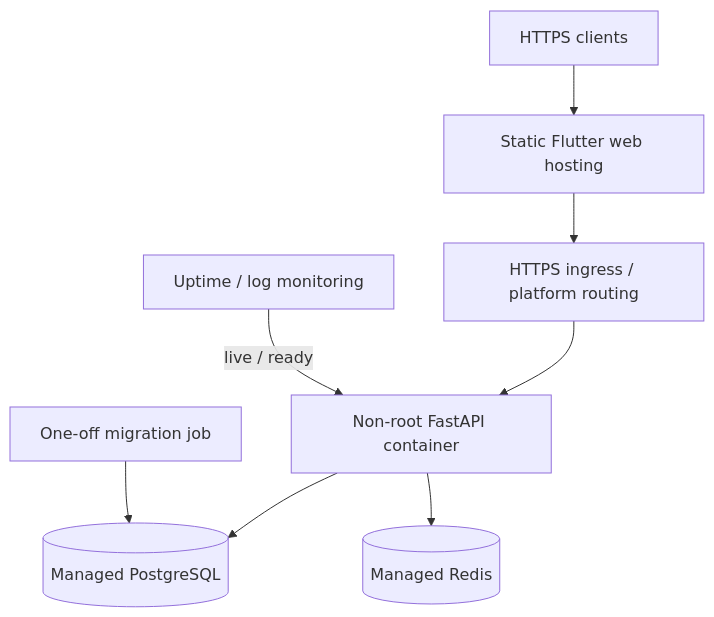
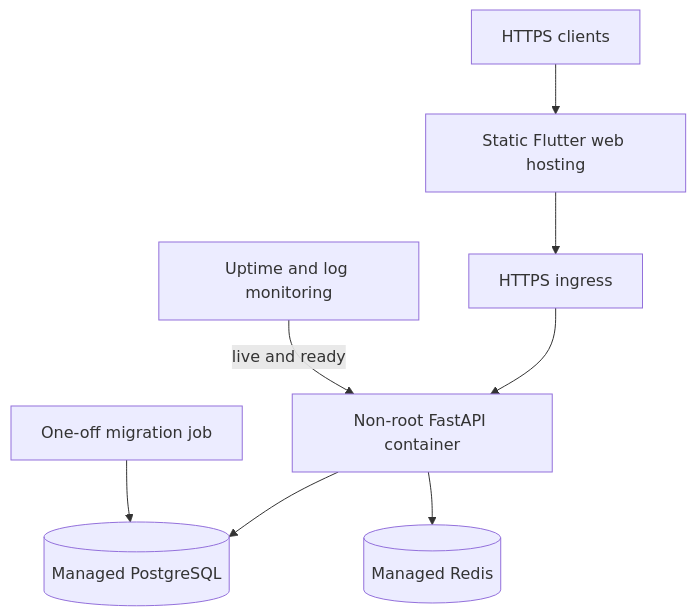
Before and after one commit to anes-dev-ml/GymFlow-Showcase: the sixth of 6 diagrams in ARCHITECTURE.md, drawn with Mermaid. The commit also changed other lines of this file, not shown here.

Commit message:
docs: polish architecture case study for public review

````diff
--- a/ARCHITECTURE.md
+++ b/ARCHITECTURE.md
@@ -492,19 +355,19 @@
 ```mermaid
 flowchart TB
     Internet[HTTPS clients]
     Frontend[Static Flutter web hosting]
-    Ingress[HTTPS ingress / platform routing]
+    Ingress[HTTPS ingress]
     API[Non-root FastAPI container]
     Migration[One-off migration job]
     DB[(Managed PostgreSQL)]
     Redis[(Managed Redis)]
-    Monitor[Uptime / log monitoring]
+    Monitor[Uptime and log monitoring]
 
     Internet --> Frontend
     Frontend --> Ingress
     Ingress --> API
     API --> DB
     API --> Redis
     Migration --> DB
-    Monitor -->|live / ready| API
+    Monitor -->|live and ready| API
 ```
````
